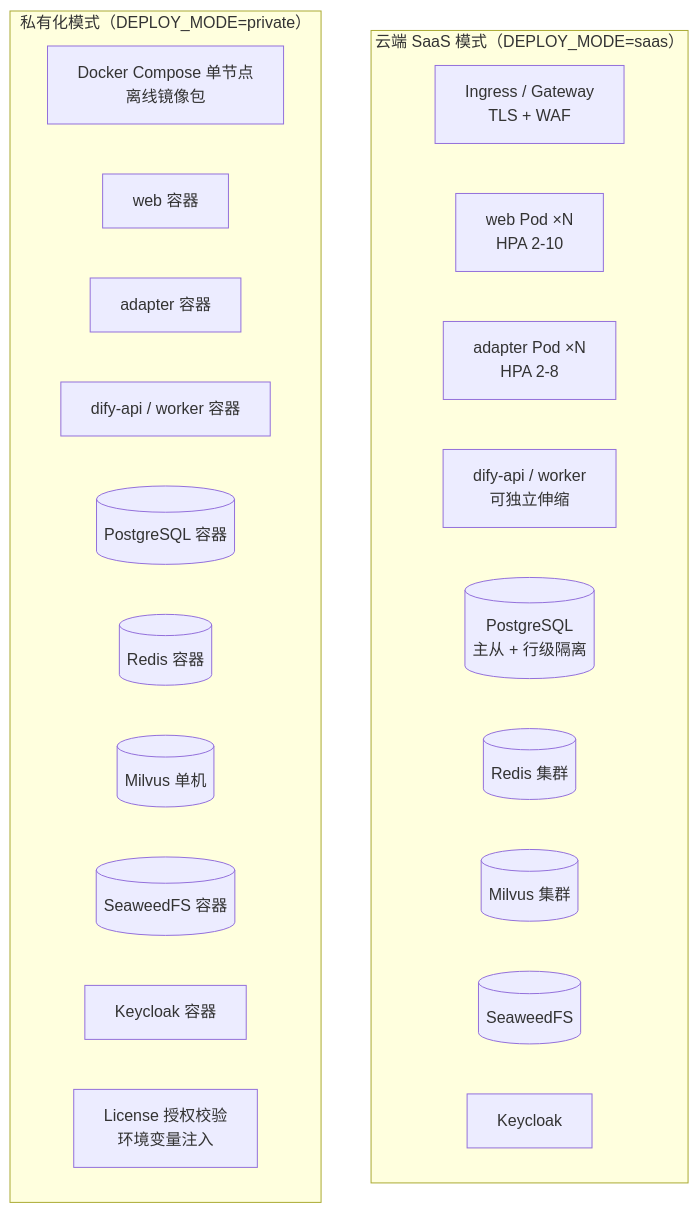
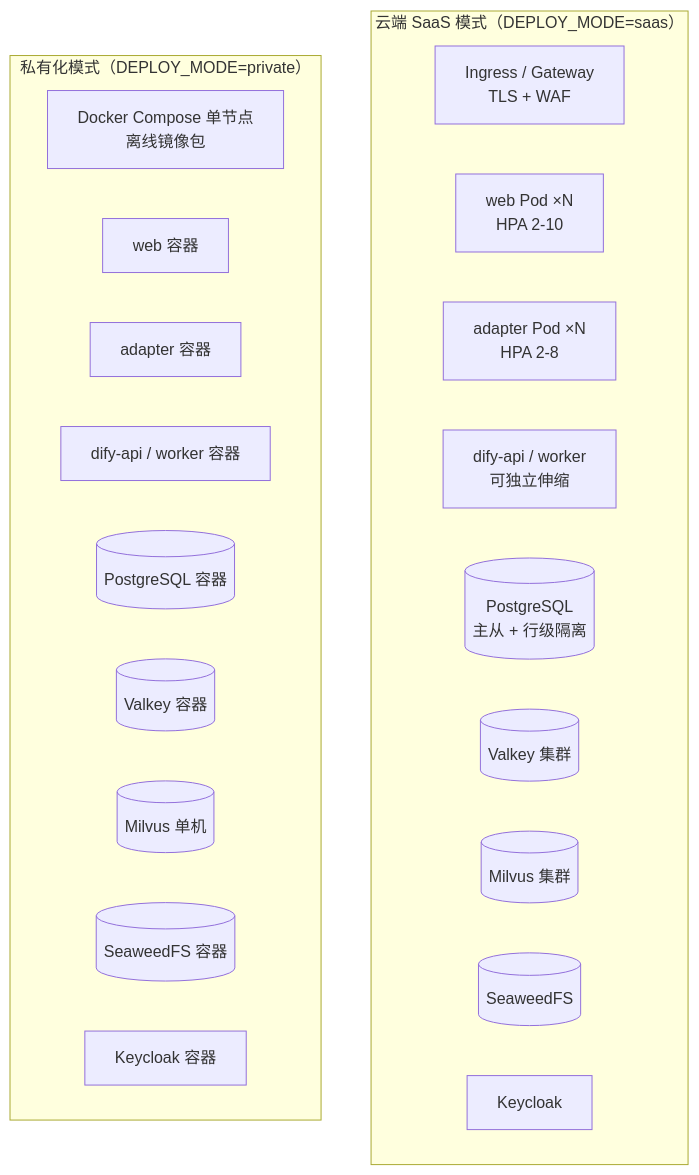
The second of 8 diagrams in docs/architecture-v1.0.md (kHuner9712/MOY), drawn with Mermaid before and after one commit. The commit also changed other lines of this file and 12 other files, not shown here.

````diff
--- a/docs/architecture-v1.0.md
+++ b/docs/architecture-v1.0.md
@@ -113,26 +113,25 @@
 ```mermaid
 graph TB
     subgraph SAAS["云端 SaaS 模式（DEPLOY_MODE=saas）"]
         ING[Ingress / Gateway<br/>TLS + WAF]
         WEBA[web Pod ×N<br/>HPA 2-10]
         ADA[adapter Pod ×N<br/>HPA 2-8]
         DFA[dify-api / worker<br/>可独立伸缩]
         PG[(PostgreSQL<br/>主从 + 行级隔离)]
-        RD[(Redis 集群)]
+        RD[(Valkey 集群)]
         ML[(Milvus 集群)]
         MIO[(SeaweedFS)]
         KC[Keycloak]
     end
     subgraph PRIV["私有化模式（DEPLOY_MODE=private）"]
         COMPOSE[Docker Compose 单节点<br/>离线镜像包]
         WEBP[web 容器]
         ADP[adapter 容器]
         DFP[dify-api / worker 容器]
         PGP[(PostgreSQL 容器)]
-        RDP[(Redis 容器)]
+        RDP[(Valkey 容器)]
         MLP[(Milvus 单机)]
         MIOP[(SeaweedFS 容器)]
         KCP[Keycloak 容器]
-        LIC[License 授权校验<br/>环境变量注入]
     end
 ```
````
